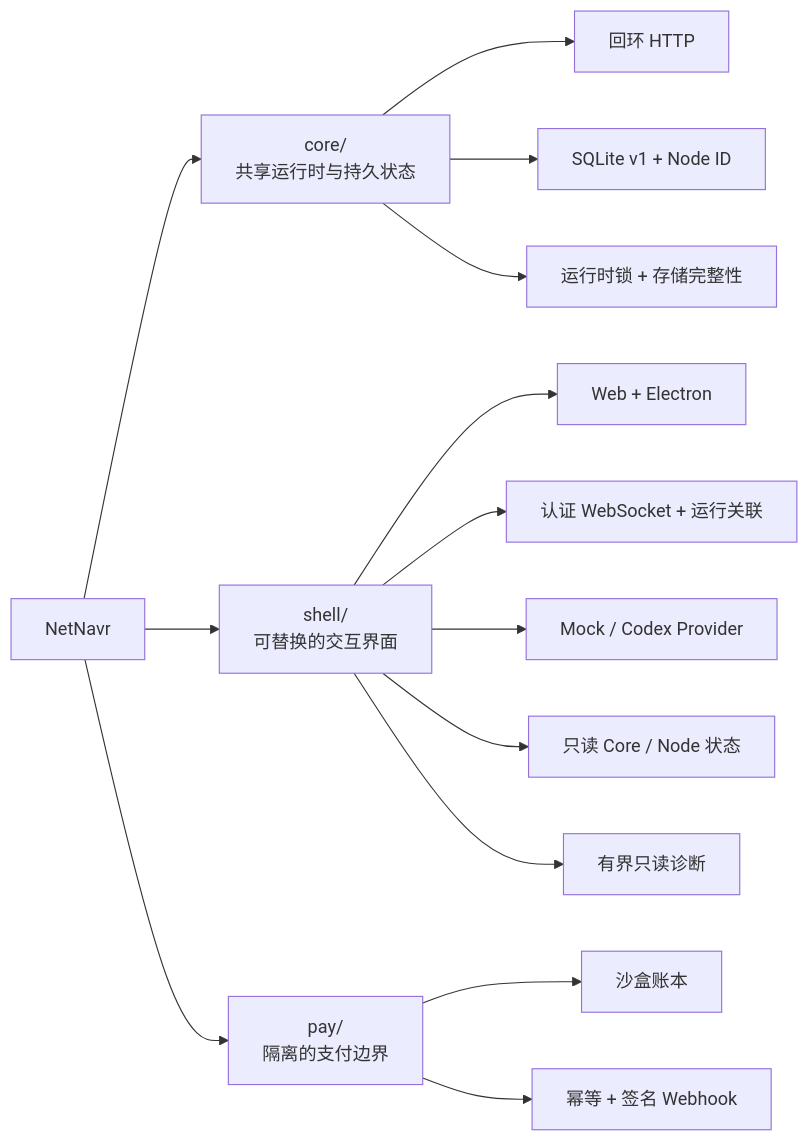
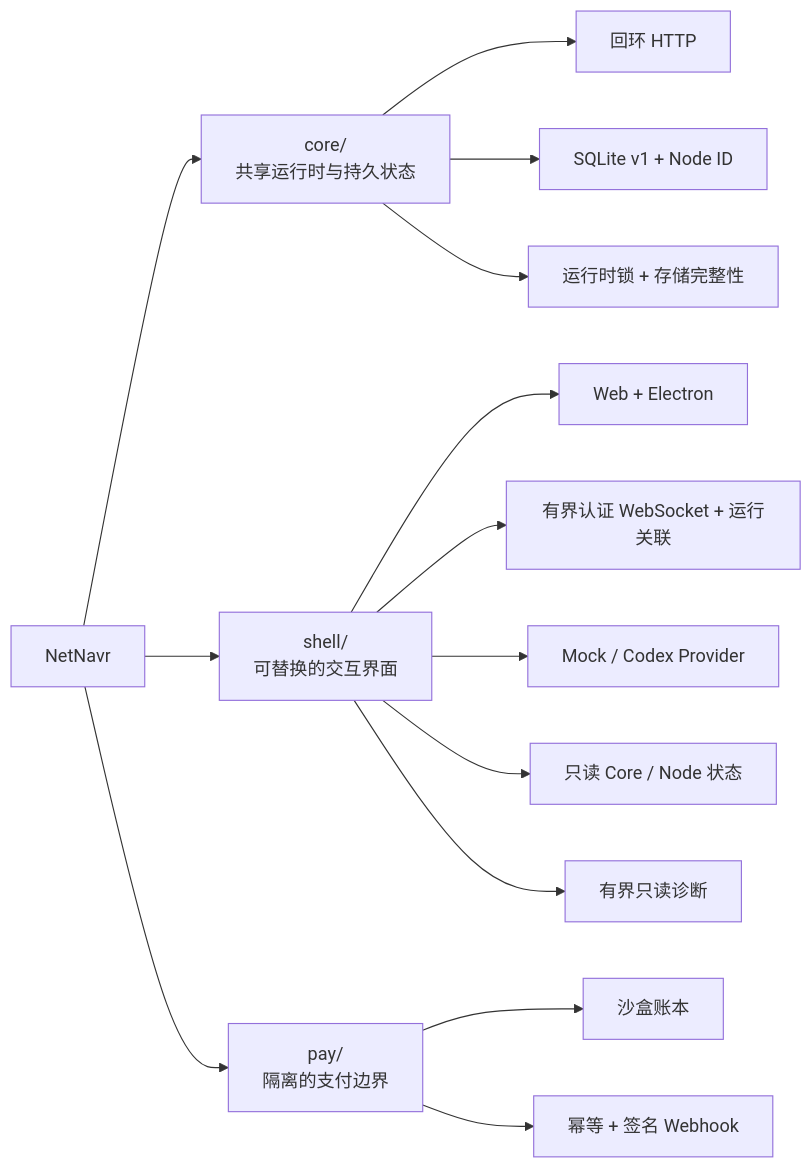
The diagram in README.zh-CN.md (PM100Fun/NetNavr), drawn with Mermaid before and after one commit. The commit also changed other lines of this file and 4 other files, not shown here.

Commit message:
fix(shell): bound WebSocket session lifecycle (#18)

````diff
--- a/README.zh-CN.md
+++ b/README.zh-CN.md
@@ -114,19 +115,19 @@
 ```mermaid
 flowchart LR
     R["NetNavr"] --> C["core/<br/>共享运行时与持久状态"]
     R --> S["shell/<br/>可替换的交互界面"]
     R --> P["pay/<br/>隔离的支付边界"]
 
     C --> C1["回环 HTTP"]
     C --> C2["SQLite v1 + Node ID"]
     C --> C3["运行时锁 + 存储完整性"]
 
     S --> S1["Web + Electron"]
-    S --> S2["认证 WebSocket + 运行关联"]
+    S --> S2["有界认证 WebSocket + 运行关联"]
     S --> S3["Mock / Codex Provider"]
     S --> S4["只读 Core / Node 状态"]
     S --> S5["有界只读诊断"]
 
     P --> P1["沙盒账本"]
     P --> P2["幂等 + 签名 Webhook"]
 ```
````
